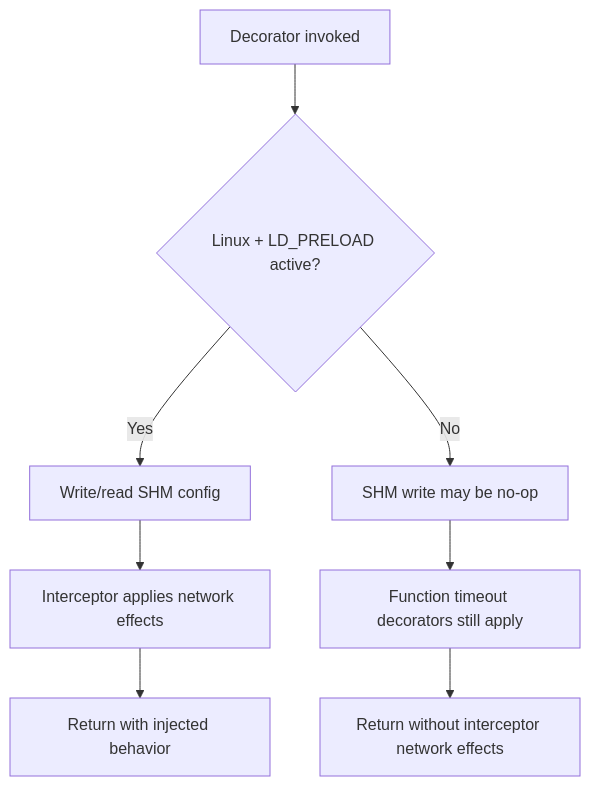
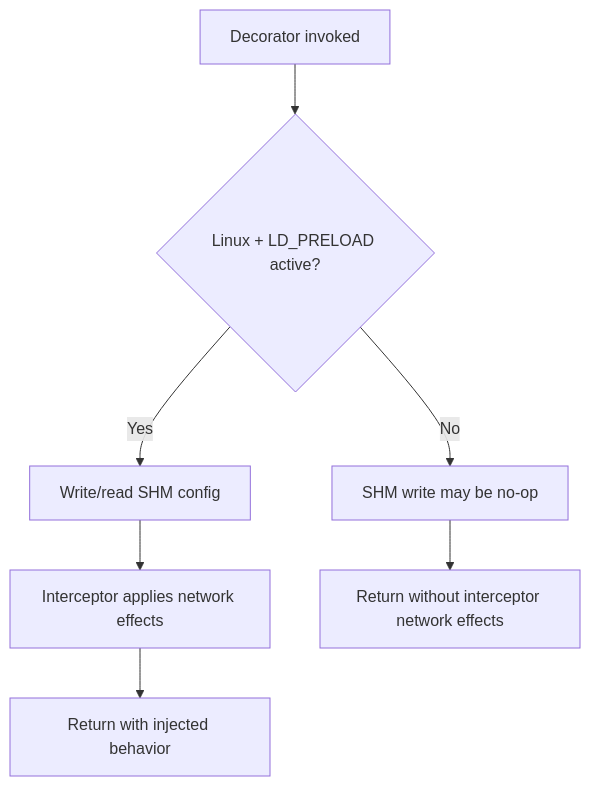
One commit to albertobadia/faultcore changed the second of 2 diagrams in docs/interceptor_and_shm.md. Above: the diagram before and after it, drawn with Mermaid. The commit also changed other lines of this file and 27 other files, not shown here.

````diff
--- a/docs/interceptor_and_shm.md
+++ b/docs/interceptor_and_shm.md
@@ -77,10 +68,9 @@
 ```mermaid
 flowchart TD
     Start["Decorator invoked"] --> Linux{"Linux + LD_PRELOAD active?"}
     Linux -->|Yes| SHM["Write/read SHM config"]
     SHM --> Hook["Interceptor applies network effects"]
     Hook --> EndA["Return with injected behavior"]
     Linux -->|No| Noop["SHM write may be no-op"]
-    Noop --> Timeout["Function timeout decorators still apply"]
-    Timeout --> EndB["Return without interceptor network effects"]
+    Noop --> EndB["Return without interceptor network effects"]
 ```
````
